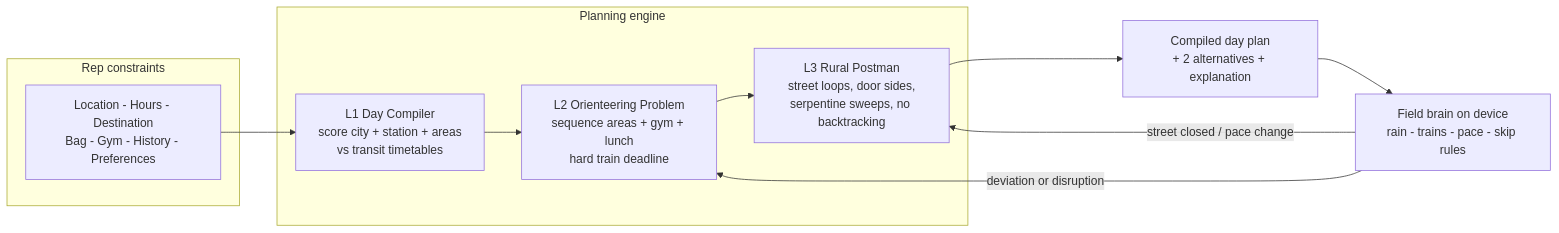
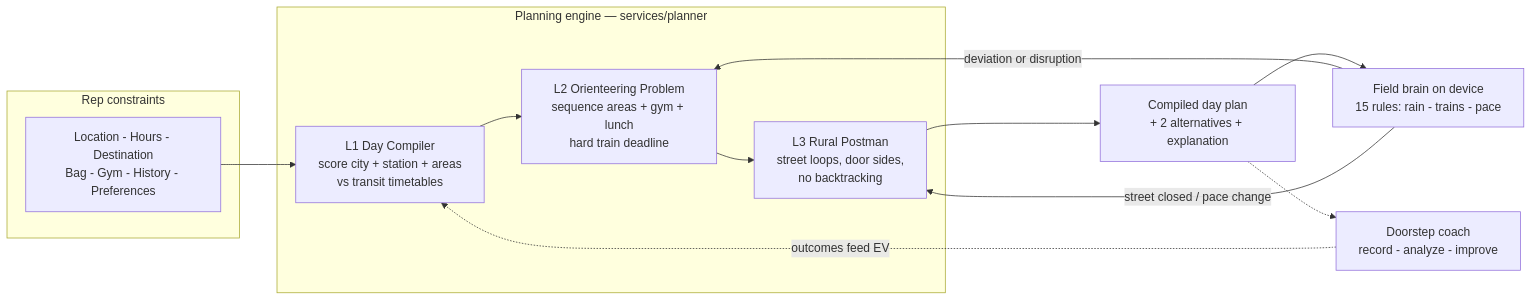
Before and after one commit to atlasshb/2DAY: the first of 2 diagrams in README.md, drawn with Mermaid. The commit also changed other lines of this file and 48 other files, not shown here.

````diff
--- a/README.md
+++ b/README.md
@@ -46,17 +87,19 @@
 ```mermaid
 flowchart LR
     subgraph inputs [Rep constraints]
       A[Location - Hours - Destination<br/>Bag - Gym - History - Preferences]
     end
     A --> L1
-    subgraph engine [Planning engine]
+    subgraph engine [Planning engine — services/planner]
       L1[L1 Day Compiler<br/>score city + station + areas<br/>vs transit timetables]
       L2[L2 Orienteering Problem<br/>sequence areas + gym + lunch<br/>hard train deadline]
-      L3[L3 Rural Postman<br/>street loops, door sides,<br/>serpentine sweeps, no backtracking]
+      L3[L3 Rural Postman<br/>street loops, door sides,<br/>no backtracking]
       L1 --> L2 --> L3
     end
     L3 --> P[Compiled day plan<br/>+ 2 alternatives + explanation]
-    P --> F[Field brain on device<br/>rain - trains - pace - skip rules]
+    P --> F[Field brain on device<br/>15 rules: rain - trains - pace]
     F -->|deviation or disruption| L2
     F -->|street closed / pace change| L3
+    P -.-> C[Doorstep coach<br/>record - analyze - improve]
+    C -.->|outcomes feed EV| L1
 ```
````
